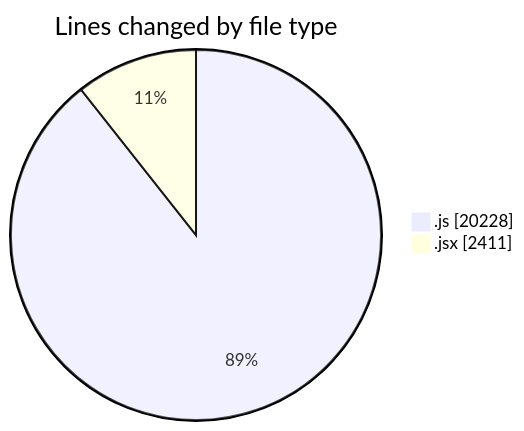
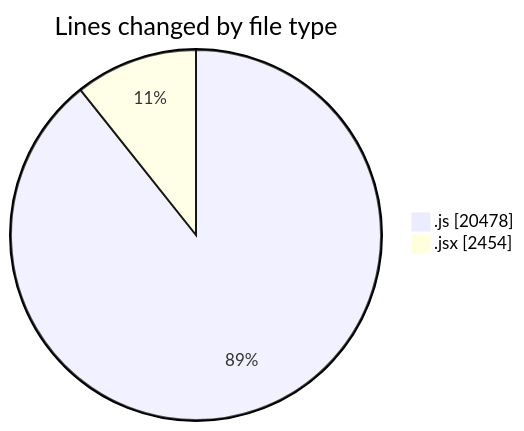
Before and after one commit to nxtqubesakshisongat/code-tracking: the first of 2 diagrams in 2025-09-30/nxtqube_webapp/README.md, drawn with Mermaid. The commit also changed other lines of this file and 1 other file, not shown here.

````diff
--- a/2025-09-30/nxtqube_webapp/README.md
+++ b/2025-09-30/nxtqube_webapp/README.md
@@ -23,6 +23,6 @@
 ```mermaid
 pie showData
 title Lines changed by file type
-".js" : 20228
-".jsx" : 2411
+".js" : 20478
+".jsx" : 2454
 ```
````
